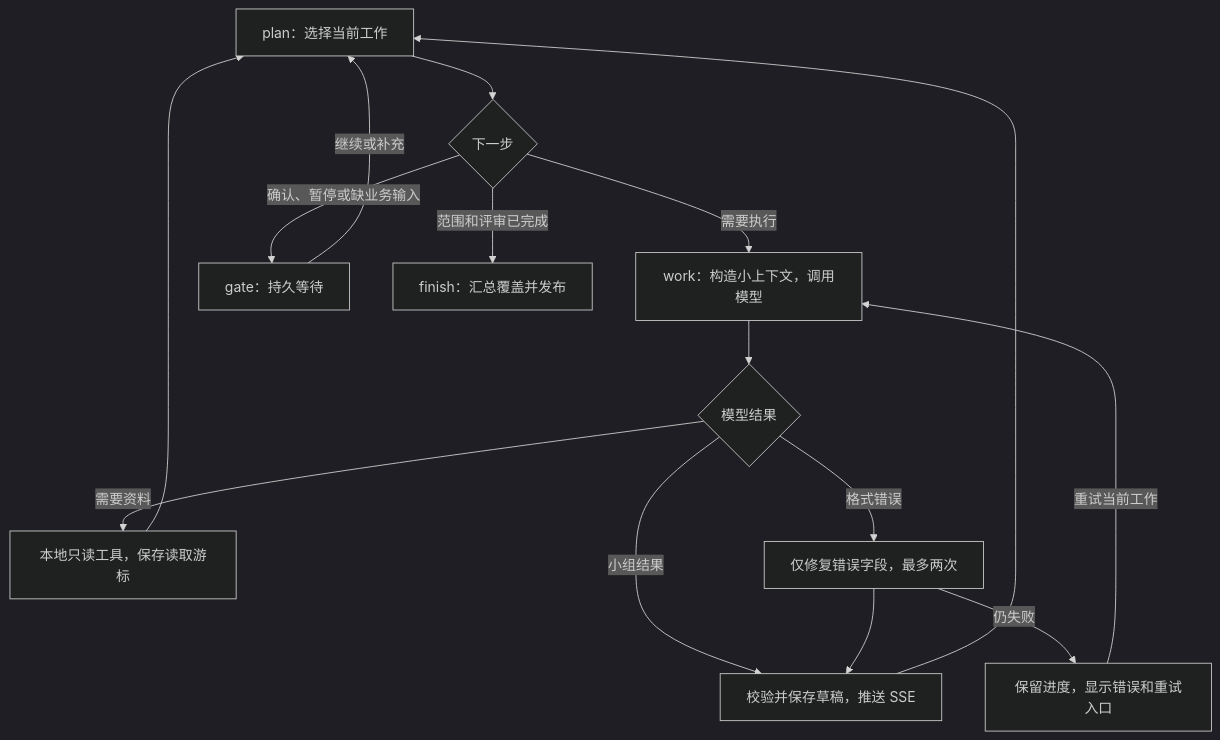
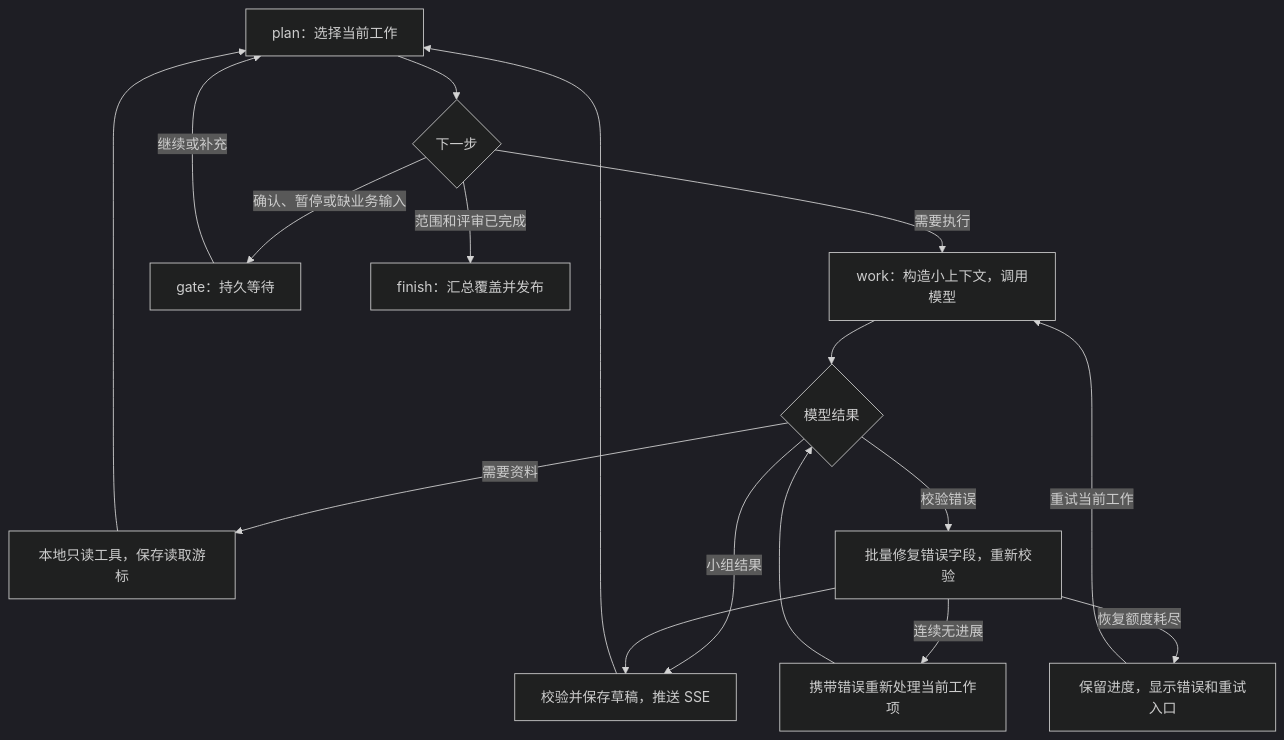
Before and after one commit to cliuxinxin/asexamp: the diagram in docs/INCREMENTAL_AGENT.md, drawn with Mermaid (dark theme). The commit also changed other lines of this file and 5 other files, not shown here.

````diff
--- a/docs/INCREMENTAL_AGENT.md
+++ b/docs/INCREMENTAL_AGENT.md
@@ -9,17 +9,19 @@
 ```mermaid
 flowchart TD
     A["plan：选择当前工作"] --> B{"下一步"}
     B -->|"需要执行"| C["work：构造小上下文，调用模型"]
     C --> D{"模型结果"}
     D -->|"需要资料"| E["本地只读工具，保存读取游标"]
     E --> A
     D -->|"小组结果"| F["校验并保存草稿，推送 SSE"]
     F --> A
-    D -->|"格式错误"| G["仅修复错误字段，最多两次"]
+    D -->|"校验错误"| G["批量修复错误字段，重新校验"]
     G --> F
-    G -->|"仍失败"| H["保留进度，显示错误和重试入口"]
+    G -->|"连续无进展"| R["携带错误重新处理当前工作项"]
+    R --> D
+    G -->|"恢复额度耗尽"| H["保留进度，显示错误和重试入口"]
     H -->|"重试当前工作"| C
     B -->|"确认、暂停或缺业务输入"| I["gate：持久等待"]
     I -->|"继续或补充"| A
     B -->|"范围和评审已完成"| J["finish：汇总覆盖并发布"]
 ```
````
